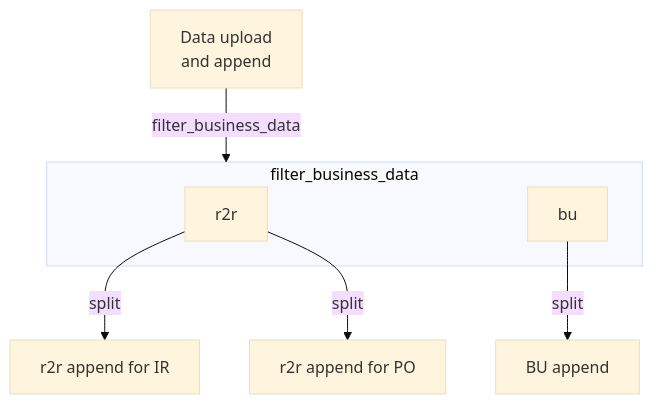
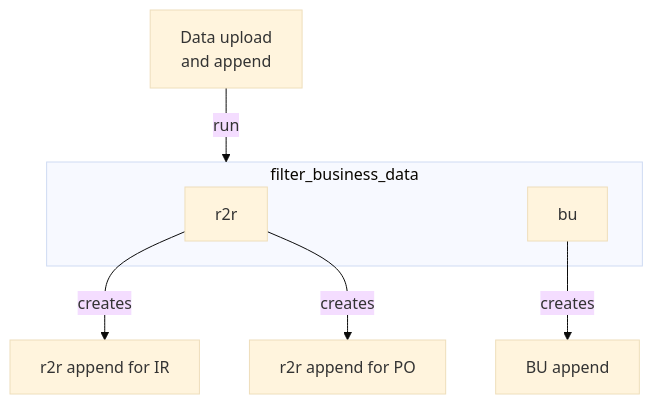
The diagram in dbs/database.eamena/data/README.md (eamena-project/eamena-arches-dev), drawn with Mermaid (base theme) before and after one commit.

````diff
--- a/dbs/database.eamena/data/README.md
+++ b/dbs/database.eamena/data/README.md
@@ -22,17 +22,17 @@
 ```mermaid
 flowchart
   subgraph ide1 [filter_business_data];
   id6[r2r];
   id8[bu];
   end;
-  id3[Data upload <br>and append] -- filter_business_data --> ide1;
-  id6 -- split --> id4[r2r append for IR];
-  id6 -- split --> id5[r2r append for PO];
-  id8 -- split --> id7[BU append];
+  id3[Data upload <br>and append] -- run --> ide1;
+  id6 -- creates --> id4[r2r append for IR];
+  id6 -- creates --> id5[r2r append for PO];
+  id8 -- creates --> id7[BU append];
   
   click id3 "https://github.com/eamena-project/eamena-arches-dev/blob/main/dbs/database.eamena/data/bulk_data/append/bu_append_to_be_mapped.csv" _blank
   click id5 "https://github.com/eamena-project/eamena-arches-dev/blob/main/dbs/database.eamena/data/business_data_relations/res2res_hp_po.relations" _blank
   click id4 "https://github.com/eamena-project/eamena-arches-dev/blob/main/dbs/database.eamena/data/business_data_relations/res2res_hp_ir.relations" _blank
   click id7 "https://github.com/eamena-project/eamena-arches-dev/blob/main/dbs/database.eamena/data/bulk_data/append/Fazzan_bu_append.csv" _blank
 
 ```
````
